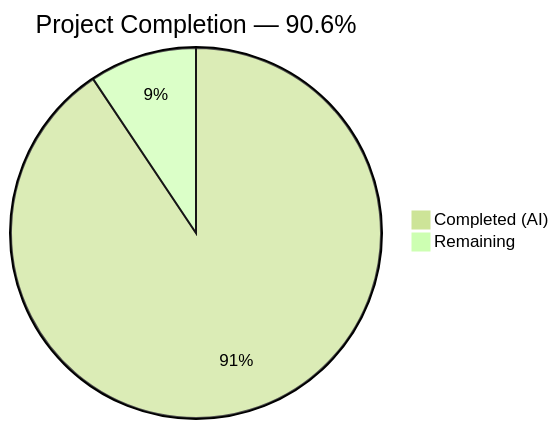
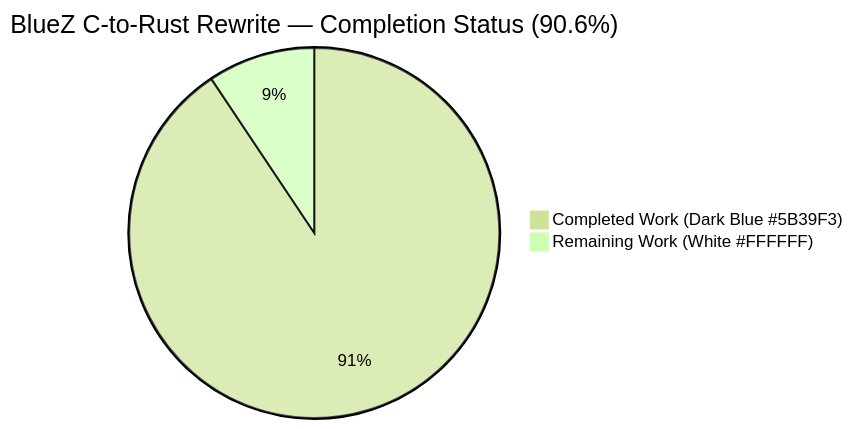
One commit to Blitzy-Sandbox/blitzy-bluez changed the first of 5 diagrams in blitzy/documentation/Project Guide.md. Above: the diagram before and after it, drawn with Mermaid (forest theme). The commit also changed other lines of this file, not shown here.

Commit message:
Adding Blitzy Project Guide: Project Status and Human Tasks Remaining

````diff
--- a/blitzy/documentation/Project Guide.md
+++ b/blitzy/documentation/Project Guide.md
@@ -13,5 +11,5 @@
 ```mermaid
-pie title Project Completion — 90.6%
-    "Completed (AI)" : 1160
-    "Remaining" : 120
+pie title BlueZ C-to-Rust Rewrite — Completion Status (90.6%)
+    "Completed Work (Dark Blue #5B39F3)" : 1160
+    "Remaining Work (White #FFFFFF)" : 120
 ```
````
